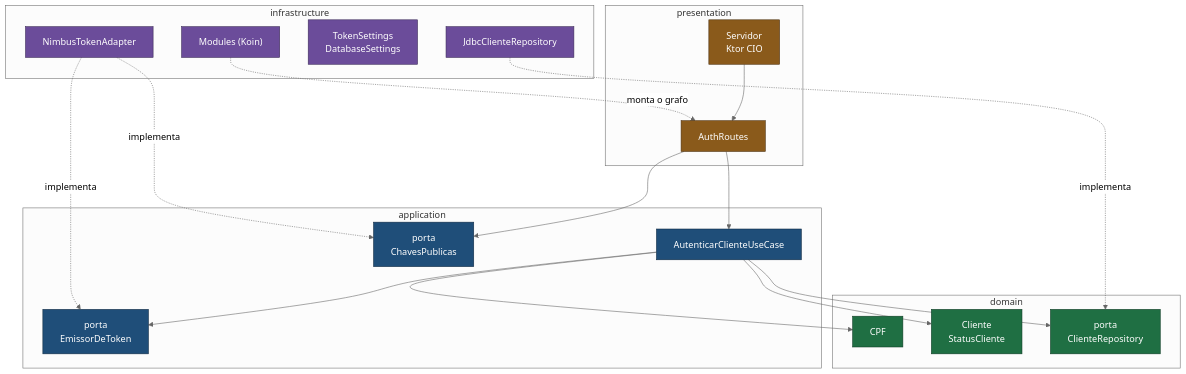
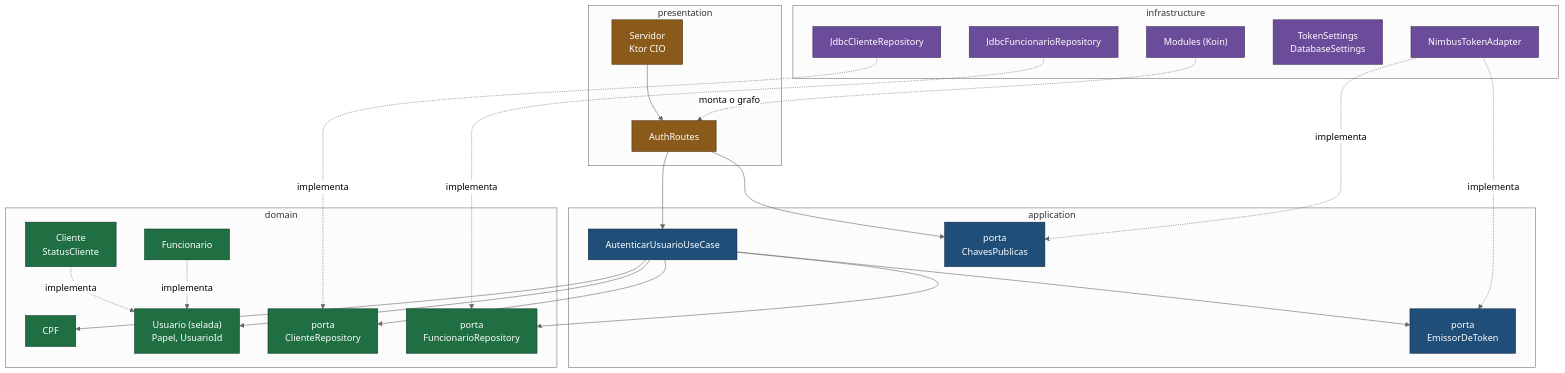
Before and after one commit to iuriian/tech-challenge-auth: the first of 4 diagrams in docs/arquitetura.md, drawn with Mermaid (neutral theme). The commit also changed other lines of this file and 4 other files, not shown here.

````diff
--- a/docs/arquitetura.md
+++ b/docs/arquitetura.md
@@ -43,44 +43,52 @@
 ```mermaid
 flowchart TB
     subgraph P["presentation"]
         SV["Servidor<br/>Ktor CIO"]
         AR["AuthRoutes"]
     end
     subgraph A["application"]
-        UC["AutenticarClienteUseCase"]
+        UC["AutenticarUsuarioUseCase"]
         PE["porta<br/>EmissorDeToken"]
         PC["porta<br/>ChavesPublicas"]
     end
     subgraph D["domain"]
         CPF["CPF"]
+        USU["Usuario (selada)<br/>Papel, UsuarioId"]
         CLI["Cliente<br/>StatusCliente"]
+        FUN["Funcionario"]
         PR["porta<br/>ClienteRepository"]
+        PF["porta<br/>FuncionarioRepository"]
     end
     subgraph I["infrastructure"]
         JR["JdbcClienteRepository"]
+        JF["JdbcFuncionarioRepository"]
         NT["NimbusTokenAdapter"]
         CF["TokenSettings<br/>DatabaseSettings"]
         DI["Modules (Koin)"]
     end
 
     SV --> AR
     AR --> UC
     AR --> PC
     UC --> PR
+    UC --> PF
     UC --> PE
     UC --> CPF
-    UC --> CLI
+    UC --> USU
+    CLI -.->|"implementa"| USU
+    FUN -.->|"implementa"| USU
     JR -.->|"implementa"| PR
+    JF -.->|"implementa"| PF
     NT -.->|"implementa"| PE
     NT -.->|"implementa"| PC
     DI -.->|"monta o grafo"| AR
 
     classDef dom fill:#1f6f43,stroke:#0d3b24,color:#fff
     classDef app fill:#1f4e79,stroke:#102a43,color:#fff
     classDef inf fill:#6b4c9a,stroke:#3b2a57,color:#fff
     classDef pre fill:#8a5a1b,stroke:#4d3110,color:#fff
-    class CPF,CLI,PR dom
+    class CPF,USU,CLI,FUN,PR,PF dom
     class UC,PE,PC app
-    class JR,NT,CF,DI inf
+    class JR,JF,NT,CF,DI inf
     class SV,AR pre
 ```
````
